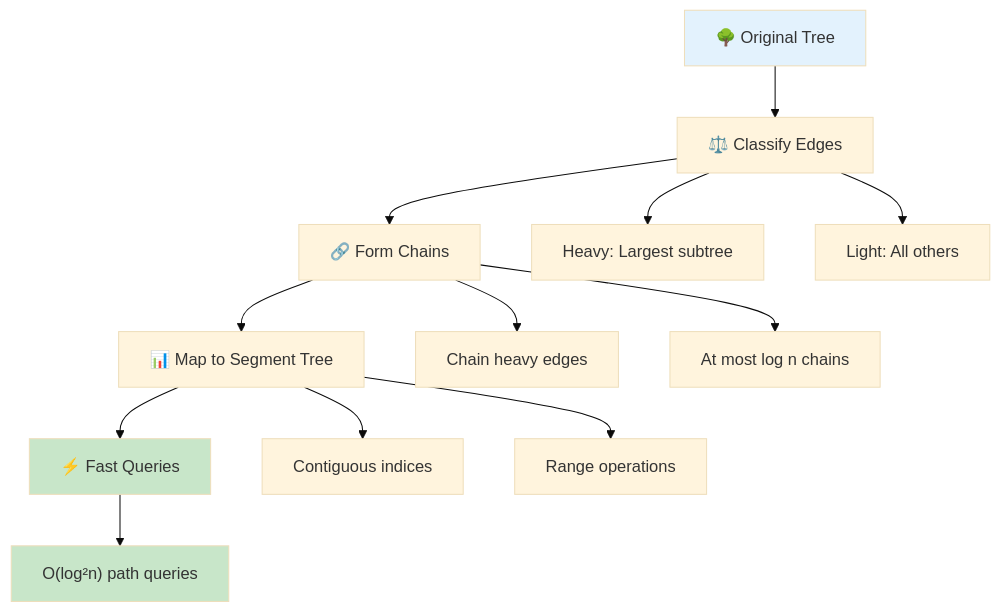
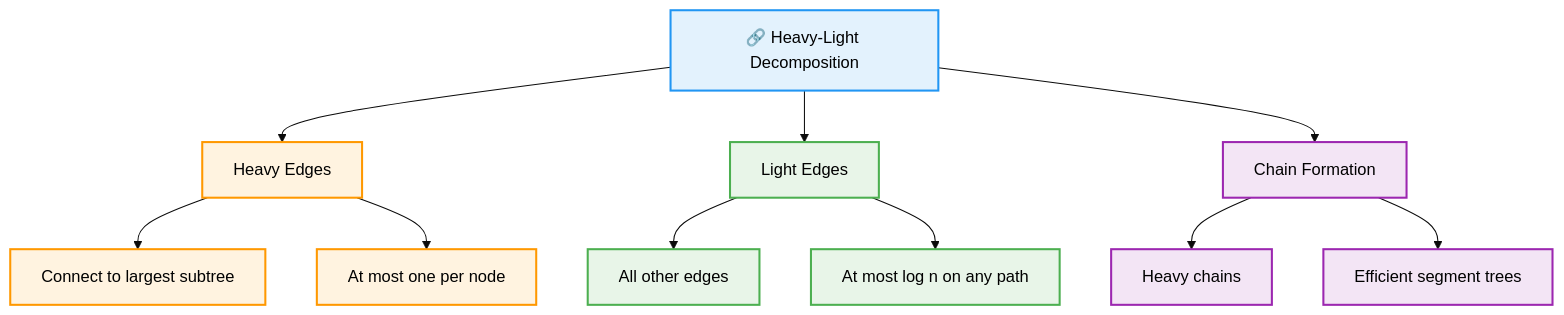
The first of 5 diagrams in concepts/heavy-light.md (AbhishekGiri04/Algorithmics-Foundations), drawn with Mermaid (base theme) before and after one commit. The commit also changed other lines of this file, not shown here.

Commit message:
Add comprehensive heavy-light.md with professional design and light colors

````diff
--- a/concepts/heavy-light.md
+++ b/concepts/heavy-light.md
@@ -57,22 +38,25 @@
 ```mermaid
 flowchart TD
-    A["🌳 Original Tree"] --> B["⚖️ Classify Edges"]
-    B --> C["🔗 Form Chains"]
-    C --> D["📊 Map to Segment Tree"]
-    D --> E["⚡ Fast Queries"]
+    A["🔗 Heavy-Light Decomposition"] --> B["Heavy Edges"]
+    A --> C["Light Edges"]
+    A --> D["Chain Formation"]
     
-    B --> F["Heavy: Largest subtree"]
-    B --> G["Light: All others"]
+    B --> E["Connect to largest subtree"]
+    B --> F["At most one per node"]
     
-    C --> H["Chain heavy edges"]
-    C --> I["At most log n chains"]
+    C --> G["All other edges"]
+    C --> H["At most log n on any path"]
     
-    D --> J["Contiguous indices"]
-    D --> K["Range operations"]
+    D --> I["Heavy chains"]
+    D --> J["Efficient segment trees"]
     
-    E --> L["O(log²n) path queries"]
-    
-    style A fill:#e3f2fd
-    style E fill:#c8e6c9
-    style L fill:#c8e6c9
+    classDef default fill:#f9f9f9,stroke:#333,stroke-width:2px,color:#000
+    classDef decomposition fill:#e3f2fd,stroke:#2196f3,stroke-width:2px,color:#000
+    classDef heavy fill:#fff3e0,stroke:#ff9800,stroke-width:2px,color:#000
+    classDef light fill:#e8f5e8,stroke:#4caf50,stroke-width:2px,color:#000
+    classDef chain fill:#f3e5f5,stroke:#9c27b0,stroke-width:2px,color:#000
+    class A decomposition
+    class B,E,F heavy
+    class C,G,H light
+    class D,I,J chain
 ```
````
